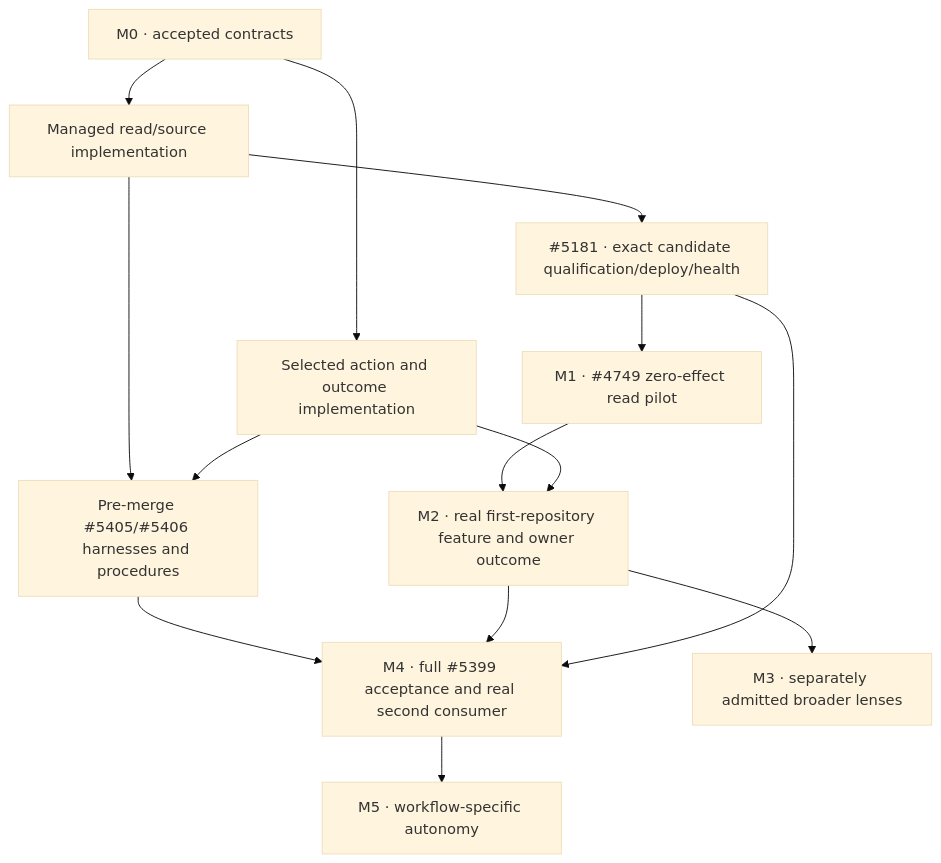
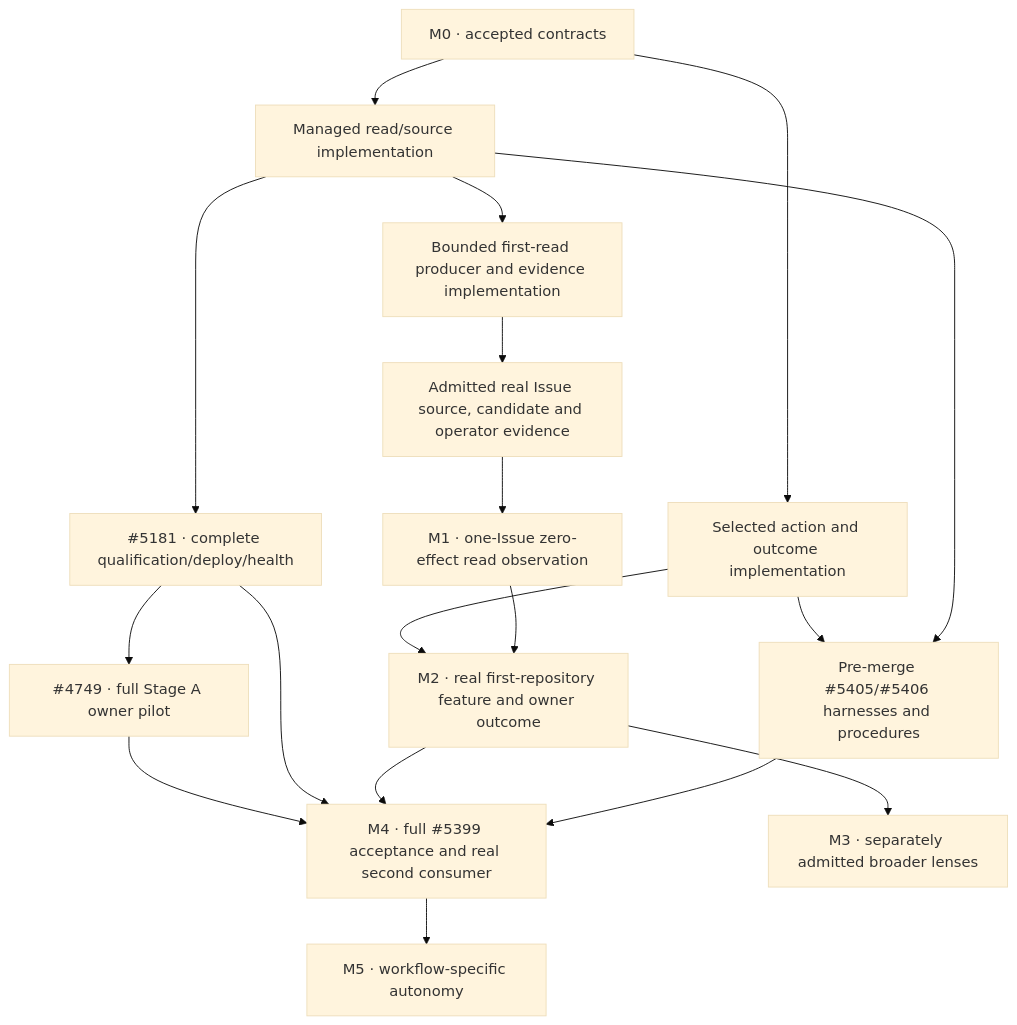
The diagram in docs/plans/DEVUI_IMPLEMENTATION.md (RasmusTho/agentic-pkm-mvp), drawn with Mermaid (base theme) before and after one commit. The commit also changed other lines of this file and 5 other files, not shown here.

````diff
--- a/docs/plans/DEVUI_IMPLEMENTATION.md
+++ b/docs/plans/DEVUI_IMPLEMENTATION.md
@@ -363,16 +367,20 @@
 ```mermaid
 flowchart TD
   M0["M0 · accepted contracts"] --> R["Managed read/source implementation"]
   M0 --> A["Selected action and outcome implementation"]
   R --> H["Pre-merge #5405/#5406 harnesses and procedures"]
   A --> H
-  R --> D["#5181 · exact candidate qualification/deploy/health"]
-  D --> P["M1 · #4749 zero-effect read pilot"]
+  R --> B["Bounded first-read producer and evidence implementation"]
+  B --> S["Admitted real Issue source, candidate and operator evidence"]
+  S --> P["M1 · one-Issue zero-effect read observation"]
+  R --> D["#5181 · complete qualification/deploy/health"]
+  D --> V["#4749 · full Stage A owner pilot"]
   P --> F["M2 · real first-repository feature and owner outcome"]
   A --> F
   H --> Q["M4 · full #5399 acceptance and real second consumer"]
   F --> Q
   D --> Q
+  V --> Q
   F --> L["M3 · separately admitted broader lenses"]
   Q --> U["M5 · workflow-specific autonomy"]
 ```
````
